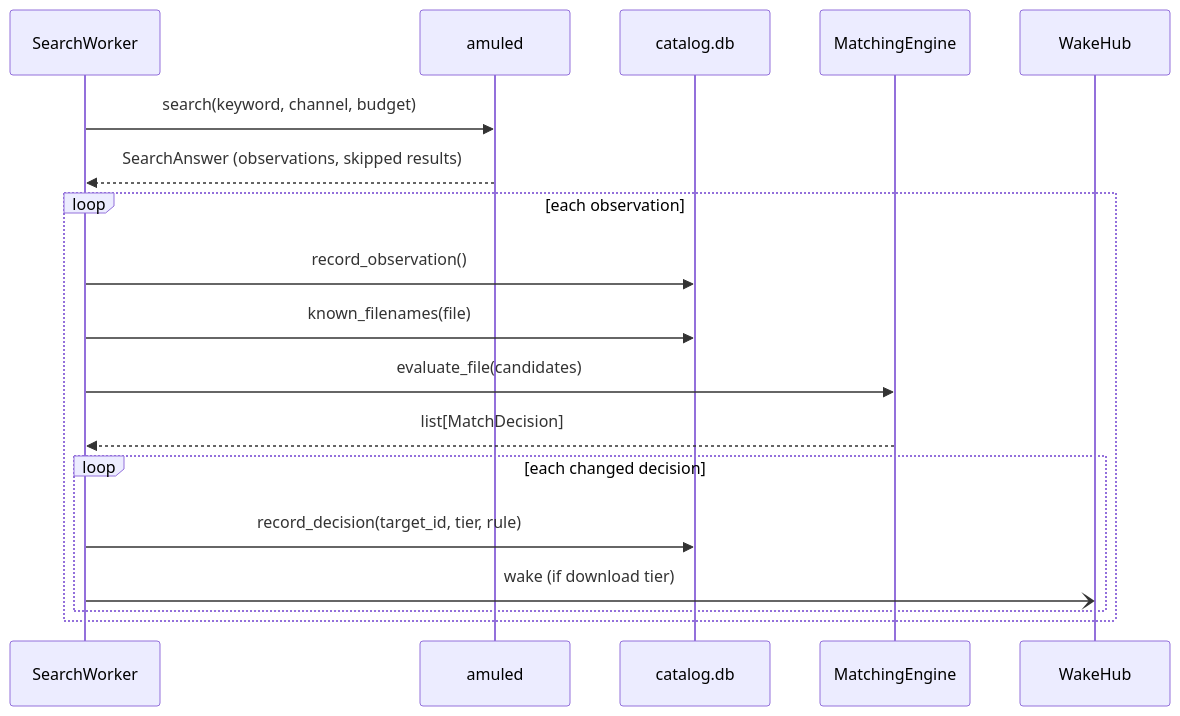
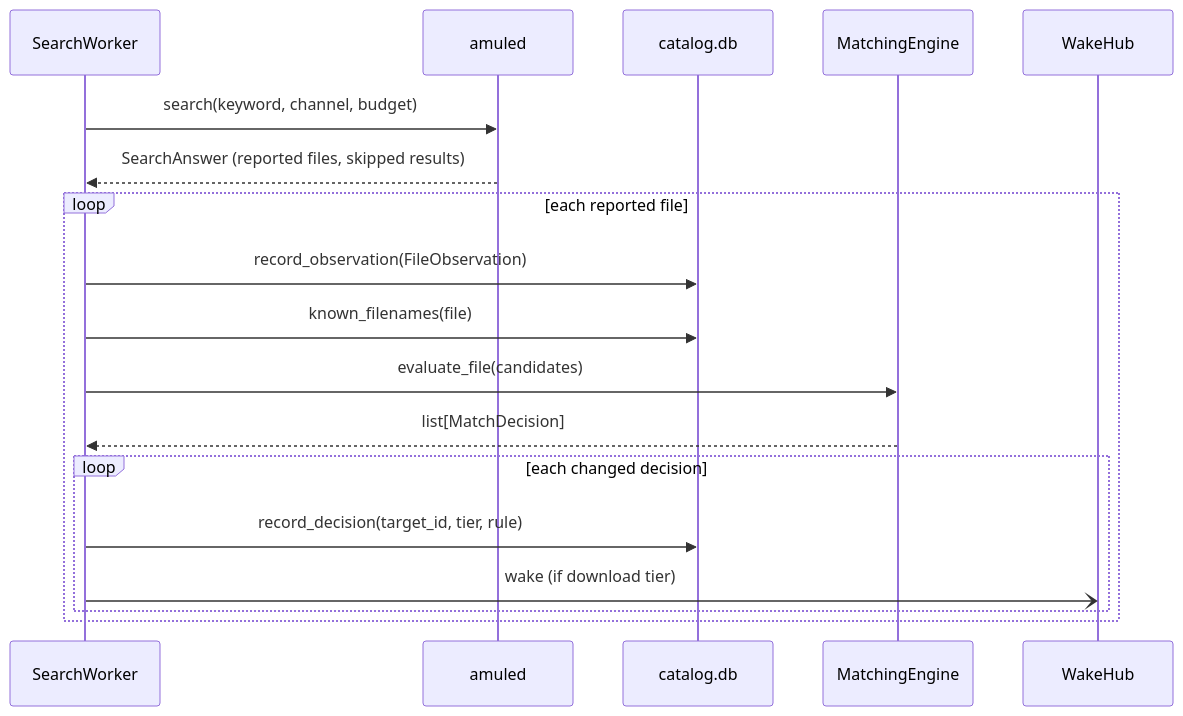
One commit to mission-titar/p2pwatch changed the sixth of 12 diagrams in docs/contributing/architecture.md. Above: the diagram before and after it, drawn with Mermaid. The commit also changed other lines of this file and 13 other files, not shown here.

````diff
--- a/docs/contributing/architecture.md
+++ b/docs/contributing/architecture.md
@@ -227,21 +227,21 @@
 ```mermaid
 sequenceDiagram
   participant W as SearchWorker
   participant A as amuled
   participant C as catalog.db
   participant E as MatchingEngine
   participant D as WakeHub
 
   W->>A: search(keyword, channel, budget)
-  A-->>W: SearchAnswer (observations, skipped results)
-  loop each observation
-    W->>C: record_observation()
+  A-->>W: SearchAnswer (reported files, skipped results)
+  loop each reported file
+    W->>C: record_observation(FileObservation)
     W->>C: known_filenames(file)
     W->>E: evaluate_file(candidates)
     E-->>W: list[MatchDecision]
     loop each changed decision
       W->>C: record_decision(target_id, tier, rule)
       W-)D: wake (if download tier)
     end
   end
 ```
````
